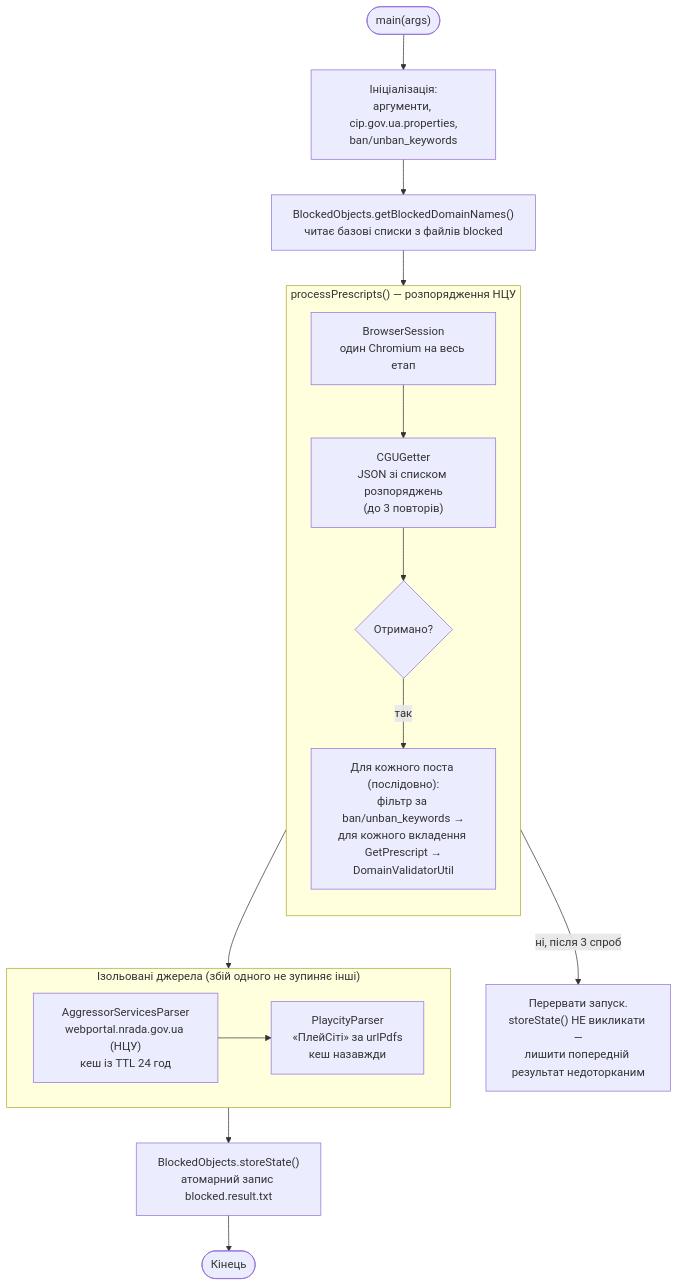
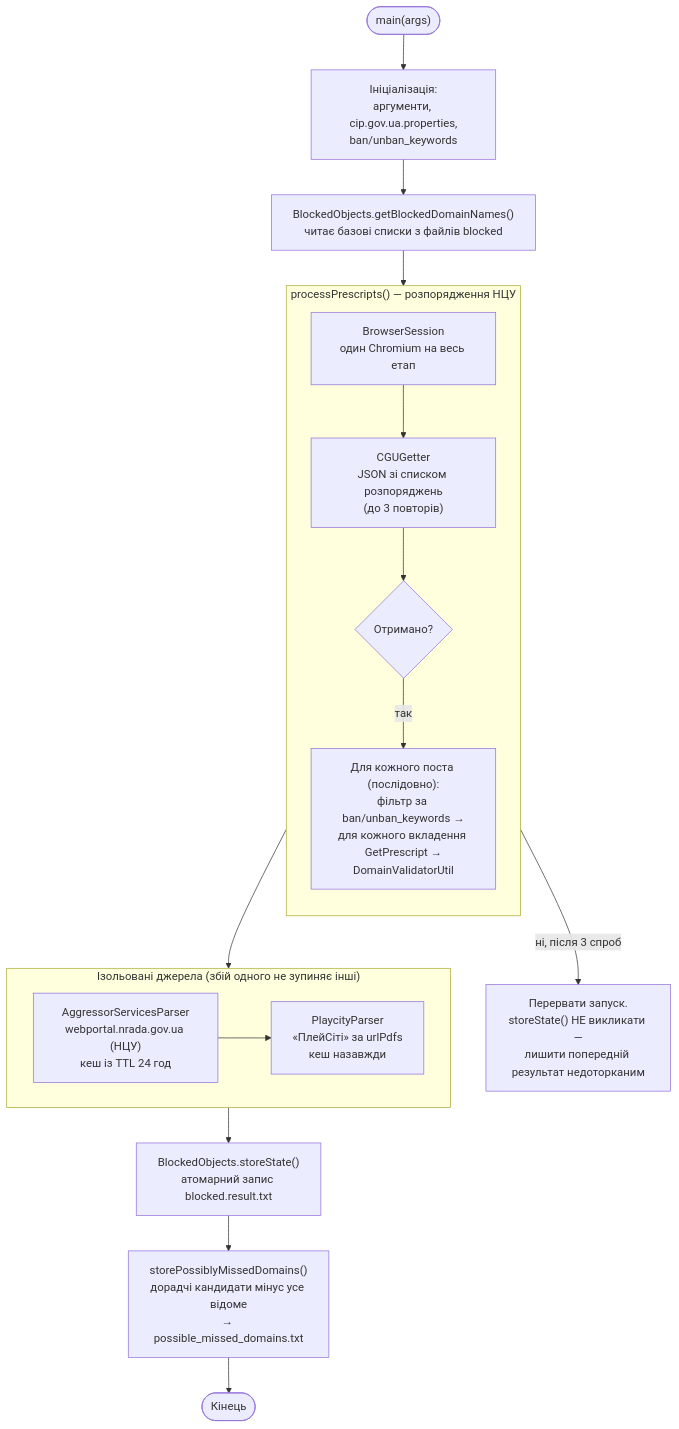
The first of 3 diagrams in README.md (oldengremlin/cip_gov_ua_getter), drawn with Mermaid before and after one commit. The commit also changed other lines of this file and 6 other files, not shown here.

````diff
--- a/README.md
+++ b/README.md
@@ -53,24 +53,25 @@
 ```mermaid
 flowchart TD
     Start(["main(args)"]) --> Init["Ініціалізація:<br/>аргументи, cip.gov.ua.properties,<br/>ban/unban_keywords"]
     Init --> BaseList["BlockedObjects.getBlockedDomainNames()<br/>читає базові списки з файлів blocked"]
 
     subgraph Prescripts ["processPrescripts() — розпорядження НЦУ"]
         direction TB
         Session["BrowserSession<br/>один Chromium на весь етап"] --> CGU["CGUGetter<br/>JSON зі списком розпоряджень<br/>(до 3 повторів)"]
         CGU --> CGUOk{"Отримано?"}
         CGUOk -- "так" --> Posts["Для кожного поста (послідовно):<br/>фільтр за ban/unban_keywords →<br/>для кожного вкладення GetPrescript →<br/>DomainValidatorUtil"]
     end
 
     BaseList --> Session
     CGUOk -- "ні, після 3 спроб" --> Abort["Перервати запуск.<br/>storeState() НЕ викликати —<br/>лишити попередній результат недоторканим"]
     Posts --> Isolated
 
     subgraph Isolated ["Ізольовані джерела (збій одного не зупиняє інші)"]
         direction LR
         Aggr["AggressorServicesParser<br/>webportal.nrada.gov.ua (НЦУ)<br/>кеш із TTL 24 год"] --> Nkek["PlaycityParser<br/>«ПлейСіті» за urlPdfs<br/>кеш назавжди"]
     end
 
     Isolated --> Store["BlockedObjects.storeState()<br/>атомарний запис blocked.result.txt"]
-    Store --> End(["Кінець"])
+    Store --> Missed["storePossiblyMissedDomains()<br/>дорадчі кандидати мінус усе відоме<br/>→ possible_missed_domains.txt"]
+    Missed --> End(["Кінець"])
 ```
````
